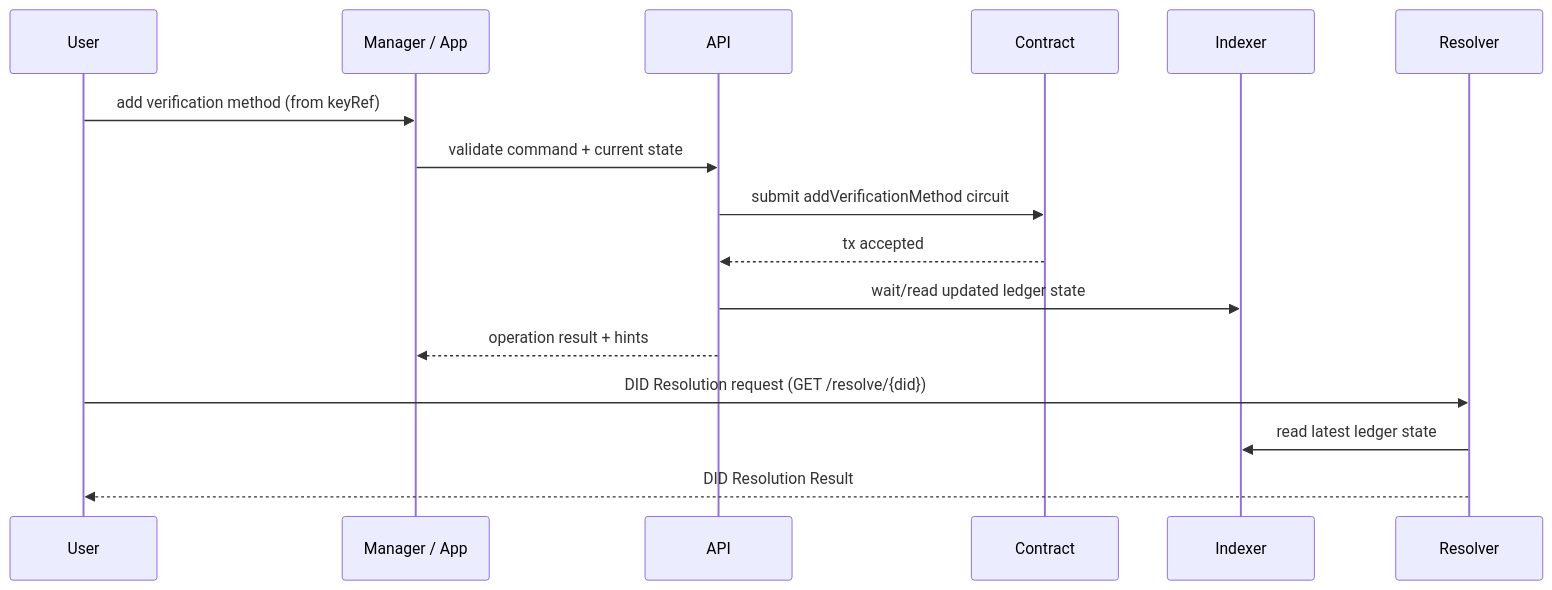
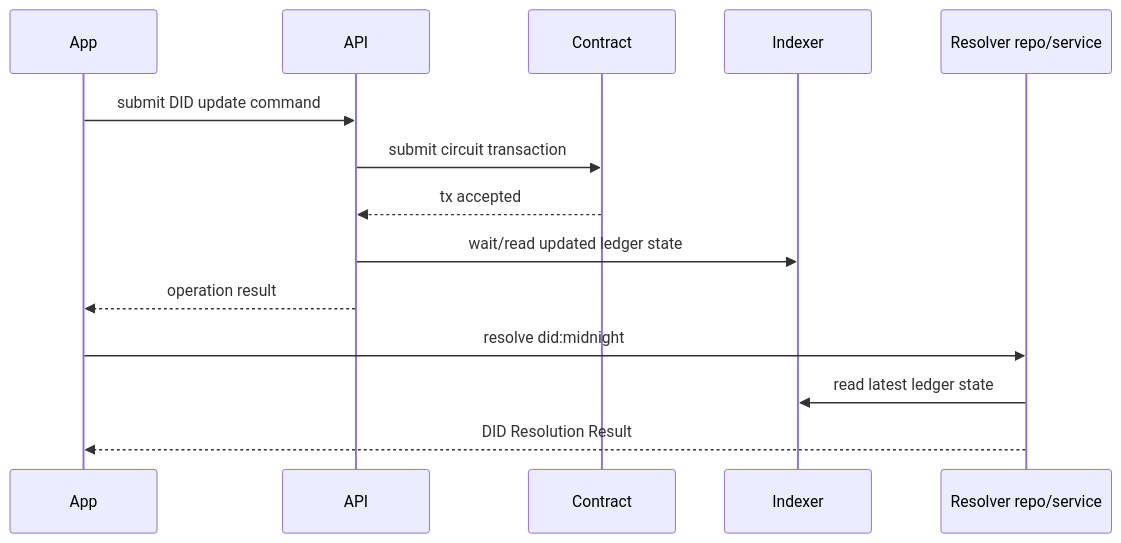
Before and after one commit to midnightntwrk/midnight-did: the second of 2 diagrams in README.md, drawn with Mermaid. The commit also changed other lines of this file and 156 other files, not shown here.

````diff
--- a/README.md
+++ b/README.md
@@ -62,20 +48,18 @@
 ```mermaid
 sequenceDiagram
-  participant User
-  participant App as Manager / App
+  participant App
   participant API
   participant Contract
   participant Indexer
-  participant Resolver
+  participant Resolver as Resolver repo/service
 
-  User->>App: add verification method (from keyRef)
-  App->>API: validate command + current state
-  API->>Contract: submit addVerificationMethod circuit
+  App->>API: submit DID update command
+  API->>Contract: submit circuit transaction
   Contract-->>API: tx accepted
   API->>Indexer: wait/read updated ledger state
-  API-->>App: operation result + hints
+  API-->>App: operation result
 
-  User->>Resolver: DID Resolution request (GET /resolve/{did})
+  App->>Resolver: resolve did:midnight
   Resolver->>Indexer: read latest ledger state
-  Resolver-->>User: DID Resolution Result
+  Resolver-->>App: DID Resolution Result
 ```
````
